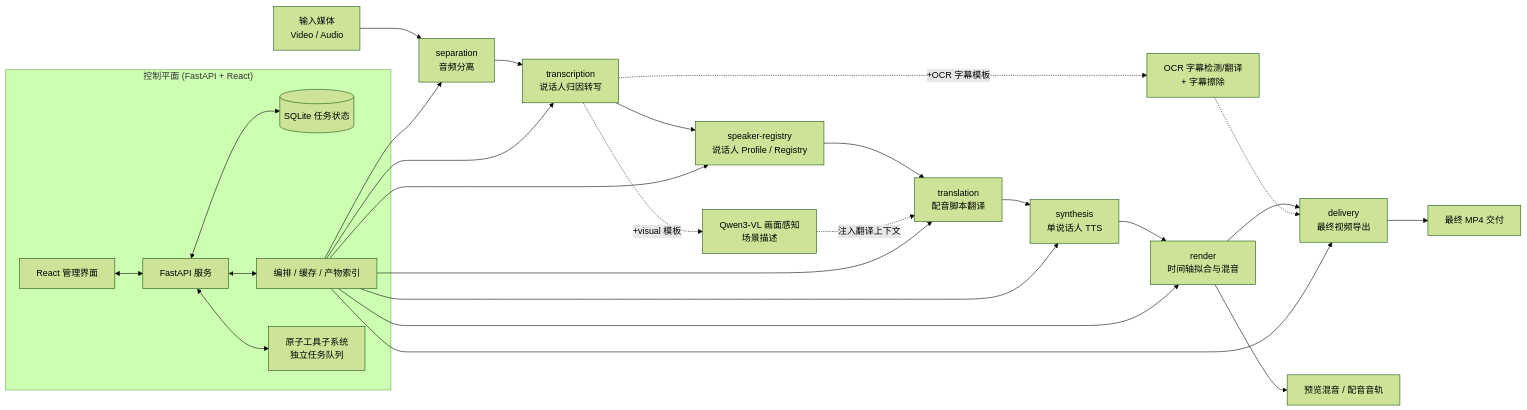
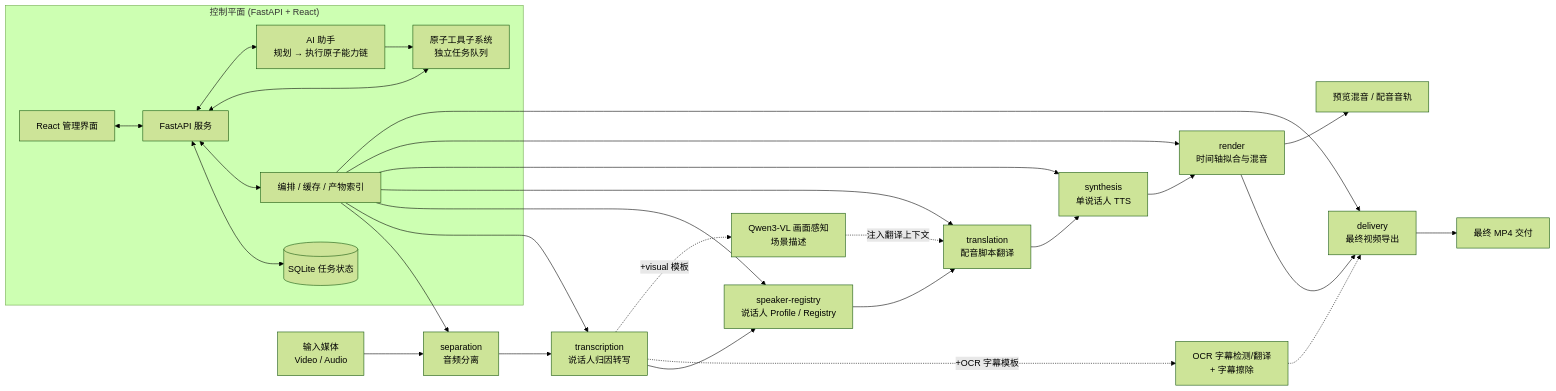
One commit to MasamiYui/translip changed the first of 2 diagrams in README.md. Above: the diagram before and after it, drawn with Mermaid (forest theme). The commit also changed other lines of this file and 7 other files, not shown here.

````diff
--- a/README.md
+++ b/README.md
@@ -54,32 +81,35 @@
 ```mermaid
 flowchart LR
     Input["输入媒体<br/>Video / Audio"] --> Separation["separation<br/>音频分离"]
     Separation --> Transcription["transcription<br/>说话人归因转写"]
     Transcription --> SpeakerRegistry["speaker-registry<br/>说话人 Profile / Registry"]
     SpeakerRegistry --> Translation["translation<br/>配音脚本翻译"]
     Translation --> Synthesis["synthesis<br/>单说话人 TTS"]
     Synthesis --> Render["render<br/>时间轴拟合与混音"]
     Render --> DeliveryStage["delivery<br/>最终视频导出"]
 
     Transcription -. "+OCR 字幕模板" .-> OCR["OCR 字幕检测/翻译<br/>+ 字幕擦除"]
     OCR -.-> DeliveryStage
     Transcription -. "+visual 模板" .-> Visual["Qwen3-VL 画面感知<br/>场景描述"]
     Visual -. "注入翻译上下文" .-> Translation
 
     subgraph ControlPlane["控制平面 (FastAPI + React)"]
         UI["React 管理界面"]
         API["FastAPI 服务"]
         DB[("SQLite 任务状态")]
         Orchestrator["编排 / 缓存 / 产物索引"]
         Atomic["原子工具子系统<br/>独立任务队列"]
+        Assistant["AI 助手<br/>规划 → 执行原子能力链"]
     end
 
     UI <--> API
     API <--> DB
     API <--> Orchestrator
     API <--> Atomic
+    API <--> Assistant
+    Assistant --> Atomic
     Orchestrator --> Separation & Transcription & SpeakerRegistry & Translation & Synthesis & Render & DeliveryStage
 
     Render --> Preview["预览混音 / 配音音轨"]
     DeliveryStage --> Delivery["最终 MP4 交付"]
 ```
````
